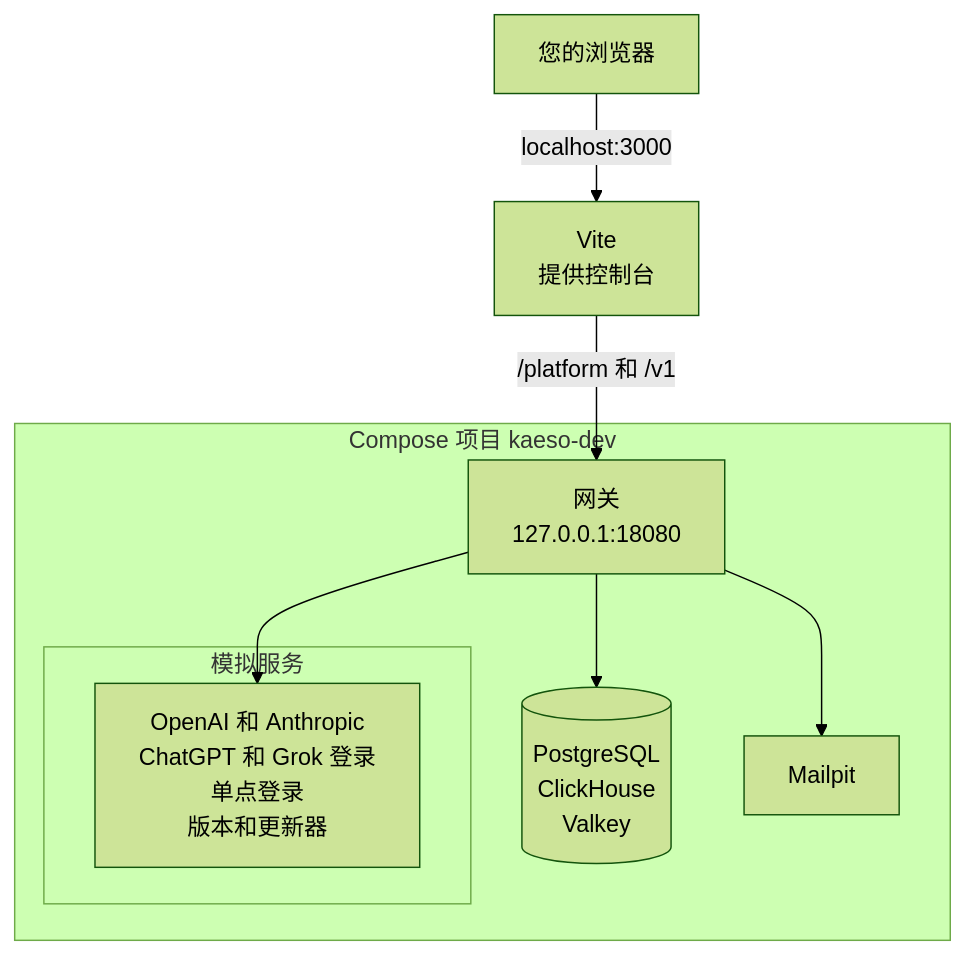
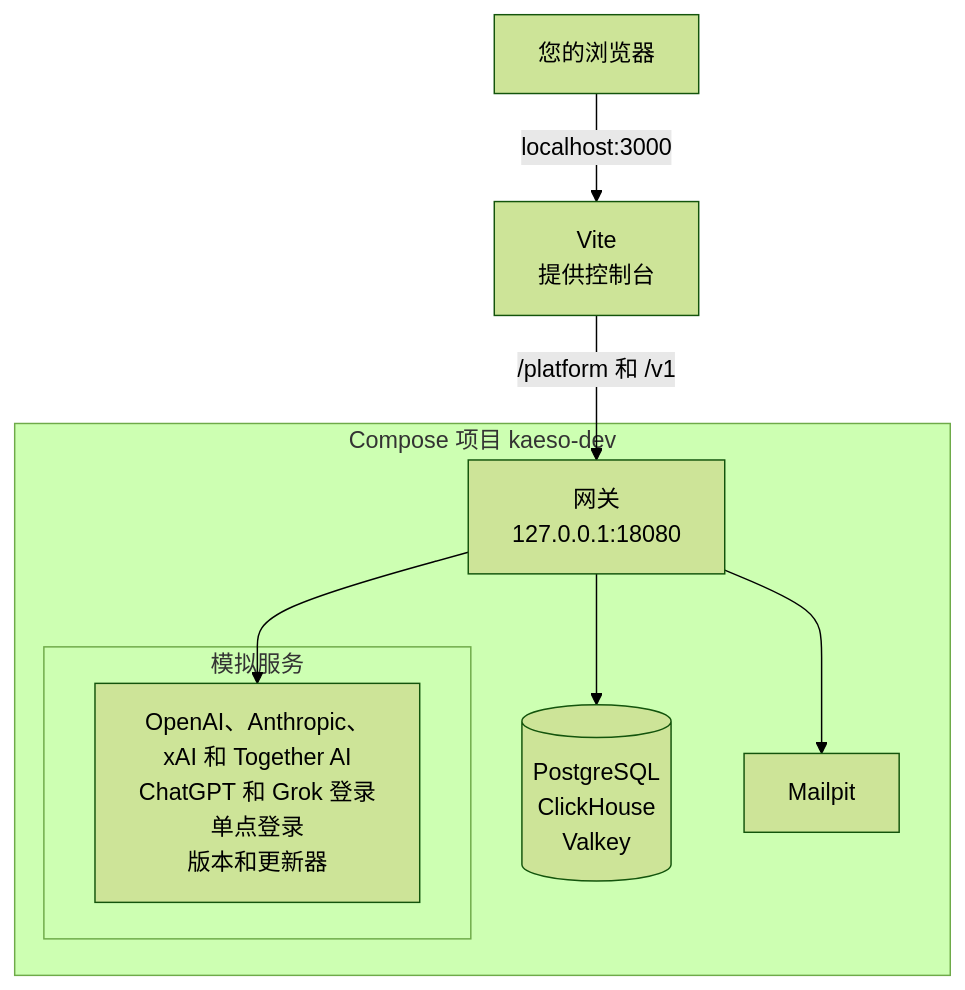
The diagram in apps/docs/content/zh-CN/development/stack.md (logicplanes/kaeso), drawn with Mermaid (forest theme) before and after one commit. The commit also changed other lines of this file and 33 other files, not shown here.

````diff
--- a/apps/docs/content/zh-CN/development/stack.md
+++ b/apps/docs/content/zh-CN/development/stack.md
@@ -9,18 +9,18 @@
 ```mermaid
 flowchart TD
   accTitle: 开发栈
   accDescr: 浏览器打开 localhost:3000 上的 Vite。Vite 提供控制台，并把 /platform 和 /v1 转发给 127.0.0.1:18080 上的网关。网关与 PostgreSQL、ClickHouse 和 Valkey 一起运行在 Compose 项目 kaeso-dev 中，并调用模拟服务商、模拟 ChatGPT 和 Grok 登录、模拟单点登录、模拟版本和更新器以及 Mailpit。
   browser[您的浏览器]:::outside -- localhost:3000 --> vite[Vite<br>提供控制台]
   vite -- /platform 和 /v1 --> gateway
   subgraph stack [Compose 项目 kaeso-dev]
     gateway[网关<br>127.0.0.1:18080]:::accent
     data[(PostgreSQL<br>ClickHouse<br>Valkey)]
     subgraph mock [模拟服务]
-      mocks[OpenAI 和 Anthropic<br>ChatGPT 和 Grok 登录<br>单点登录<br>版本和更新器]
+      mocks[OpenAI、Anthropic、<br>xAI 和 Together AI<br>ChatGPT 和 Grok 登录<br>单点登录<br>版本和更新器]
     end
     mail[Mailpit]
   end
   gateway --> data
   gateway --> mocks
   gateway --> mail
 ```
````
